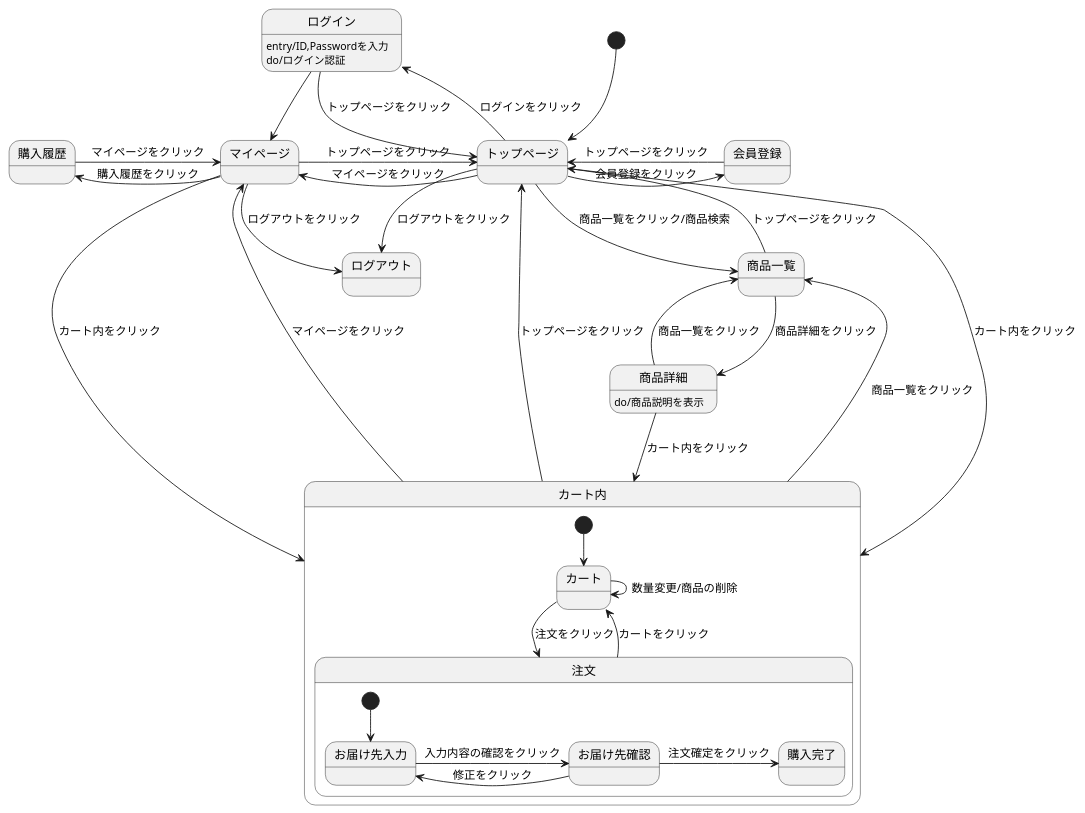
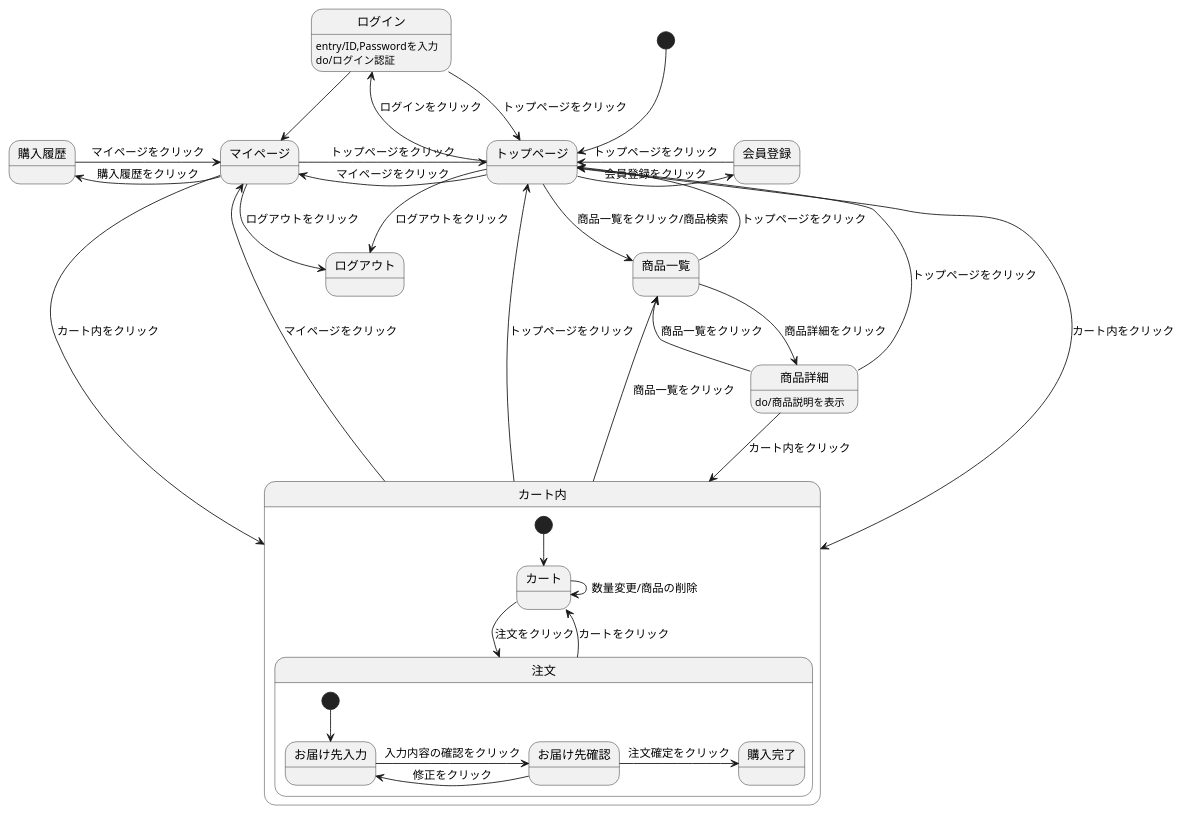
Before and after one commit to Aso2001163/2021sys-design-2: the diagram in Mypage(状態遷移図).md, drawn with PlantUML.

````diff
--- a/Mypage(状態遷移図).md
+++ b/Mypage(状態遷移図).md
@@ -1,42 +1,43 @@
 ```uml
 @startuml
 [*] --> トップページ
 トップページ -> 会員登録 : 会員登録をクリック
 会員登録 -> トップページ : トップページをクリック
 トップページ -left-> マイページ : マイページをクリック
 トップページ -left-> ログイン : ログインをクリック
 ログイン -> トップページ : トップページをクリック
 ログイン -down-> マイページ 
 ログイン:entry/ID,Passwordを入力
 ログイン:do/ログイン認証
 マイページ -> トップページ : トップページをクリック
 マイページ -down-> ログアウト : ログアウトをクリック
 マイページ -left-> 購入履歴 : 購入履歴をクリック
 マイページ -down-> カート内 : カート内をクリック  
 購入履歴 -> マイページ : マイページをクリック
 トップページ --> 商品一覧 : 商品一覧をクリック/商品検索
 トップページ -> カート内 : カート内をクリック
 トップページ -> ログアウト : ログアウトをクリック
 商品一覧 -> トップページ : トップページをクリック
 商品一覧 -> 商品詳細 : 商品詳細をクリック  
 商品詳細:do/商品説明を表示
 商品詳細 -down-> 商品一覧 : 商品一覧をクリック
 商品詳細 -down-> カート内 : カート内をクリック
+商品詳細 -up-> トップページ : トップページをクリック
 カート内 -> 商品一覧 : 商品一覧をクリック
 カート内 -up-> トップページ : トップページをクリック
 カート内 -up-> マイページ : マイページをクリック   
 
 state カート内 {
   [*] --> カート
   カート -down-> 注文 : 注文をクリック
   カート -> カート : 数量変更/商品の削除
   注文 -down-> カート : カートをクリック
   state 注文 {
     [*] --> お届け先入力
     お届け先入力 -> お届け先確認 : 入力内容の確認をクリック
     お届け先確認 -> お届け先入力 : 修正をクリック
     お届け先確認 -> 購入完了 : 注文確定をクリック
     }
  }
 @enduml
 ```
````
